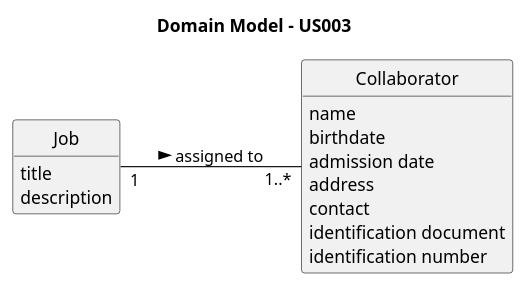
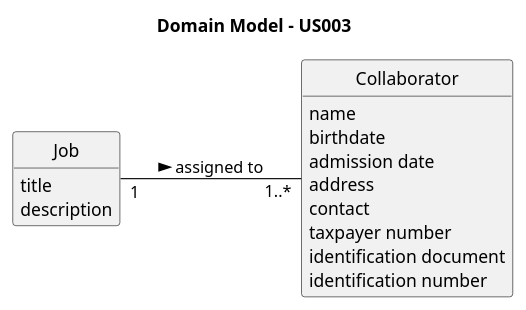
The diagram in docs/sprintA/us003/02.analysis/puml/us003-domain-model.puml (RicardoMorim/lapr2-ISEP-Project), drawn with PlantUML before and after one commit. The commit also changed 2 other files, not shown here.

```diff
--- a/docs/sprintA/us003/02.analysis/puml/us003-domain-model.puml
+++ b/docs/sprintA/us003/02.analysis/puml/us003-domain-model.puml
@@ -1,36 +1,37 @@
 @startuml
 skinparam monochrome true
 skinparam packageStyle rectangle
 skinparam shadowing false
 
 left to right direction
 
 skinparam classAttributeIconSize 0
 
 hide circle
 hide methods
 
 title Domain Model - US003
 
 class Job {
     title
     description
 }
 
 class Collaborator {
     name
     birthdate
     admission date
     address
     contact
+    taxpayer number
     identification document
     identification number
 
 }
 
 'Relationships
 Job "1" -- "1..*" Collaborator : assigned to >
 
 }
 
 @enduml
```
